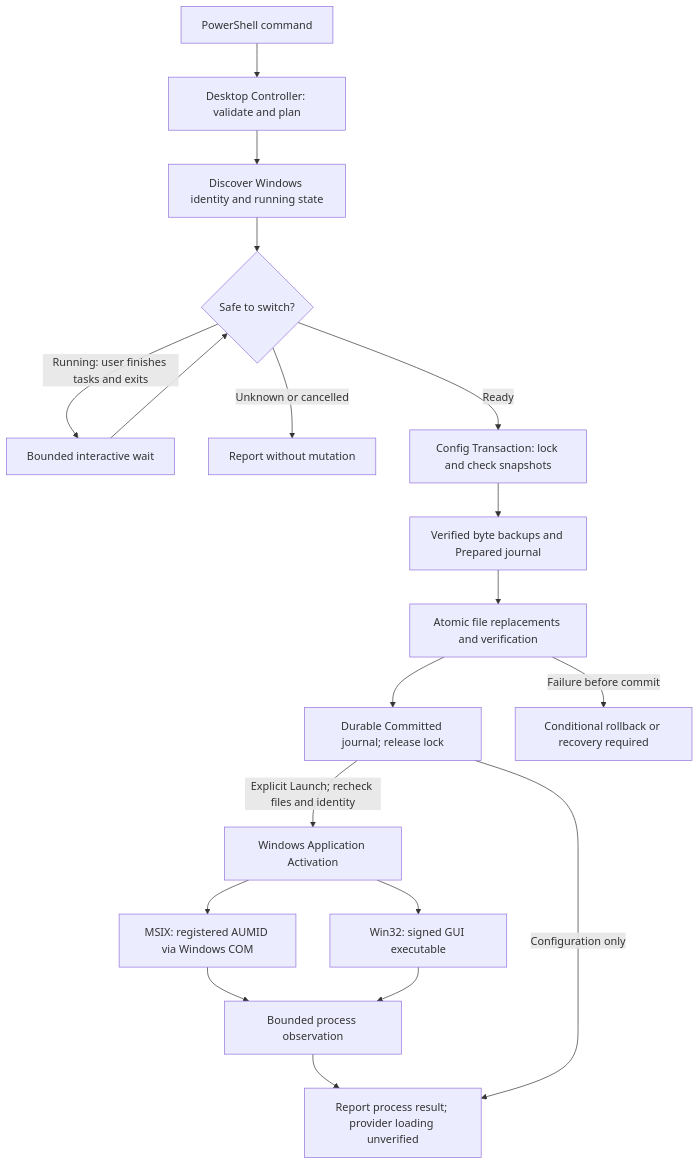
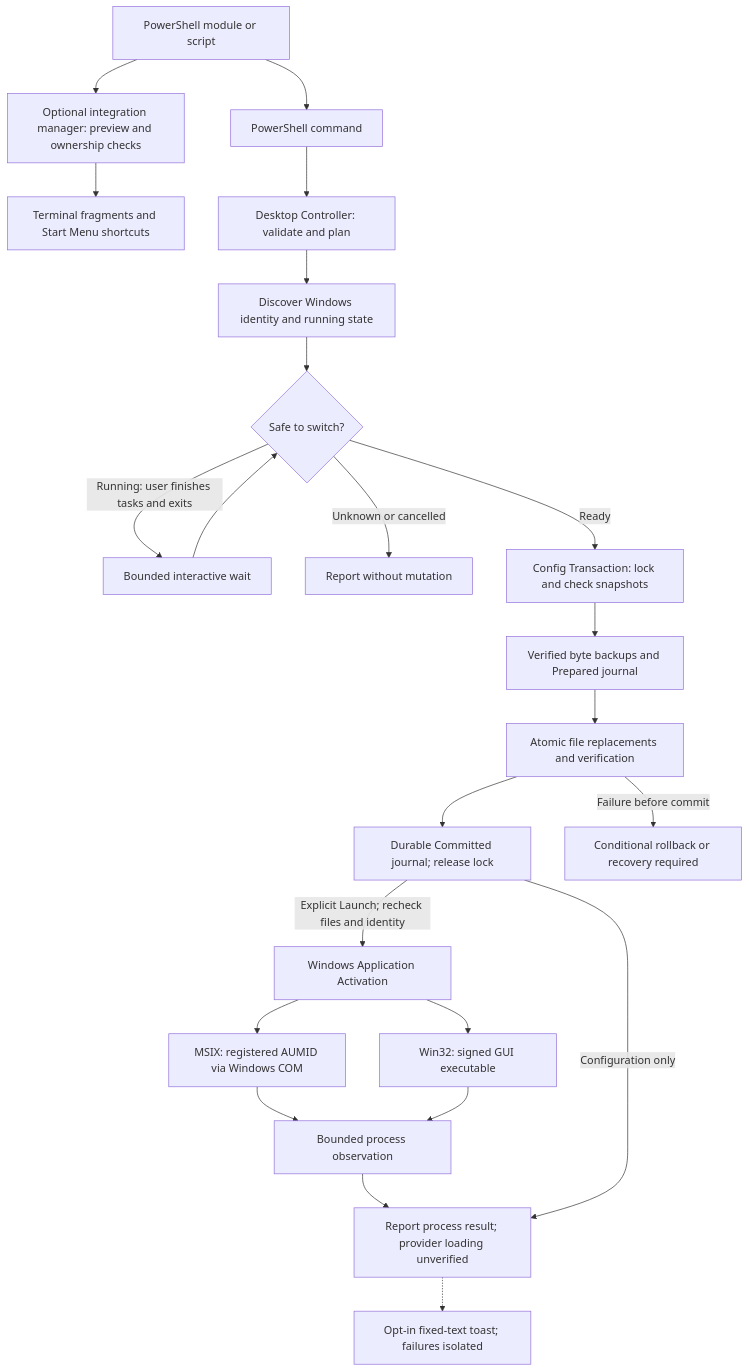
One commit to styayur/codex-mode-switcher changed the diagram in README.md. Above: the diagram before and after it, drawn with Mermaid. The commit also changed other lines of this file and 20 other files, not shown here.

Commit message:
feat: add opt-in Windows integrations and public PowerShell module

````diff
--- a/README.md
+++ b/README.md
@@ -153,21 +212,25 @@
 ```mermaid
 flowchart TD
-  Command[PowerShell command] --> Controller[Desktop Controller: validate and plan]
+  Module[PowerShell module or script] --> Command[PowerShell command]
+  Module --> Integration[Optional integration manager: preview and ownership checks]
+  Integration --> Native[Terminal fragments and Start Menu shortcuts]
+  Command --> Controller[Desktop Controller: validate and plan]
   Controller --> Discovery[Discover Windows identity and running state]
   Discovery --> Safe{Safe to switch?}
   Safe -->|Running: user finishes tasks and exits| Wait[Bounded interactive wait]
   Wait --> Safe
   Safe -->|Unknown or cancelled| Stop[Report without mutation]
   Safe -->|Ready| Transaction[Config Transaction: lock and check snapshots]
   Transaction --> Backup[Verified byte backups and Prepared journal]
   Backup --> Apply[Atomic file replacements and verification]
   Apply --> Commit[Durable Committed journal; release lock]
   Apply -->|Failure before commit| Recover[Conditional rollback or recovery required]
   Commit -->|Explicit Launch; recheck files and identity| Activation[Windows Application Activation]
   Activation --> MSIX[MSIX: registered AUMID via Windows COM]
   Activation --> Win32[Win32: signed GUI executable]
   MSIX --> Observe[Bounded process observation]
   Win32 --> Observe
   Observe --> Result[Report process result; provider loading unverified]
   Commit -->|Configuration only| Result
+  Result -.-> Toast[Opt-in fixed-text toast; failures isolated]
 ```
````
